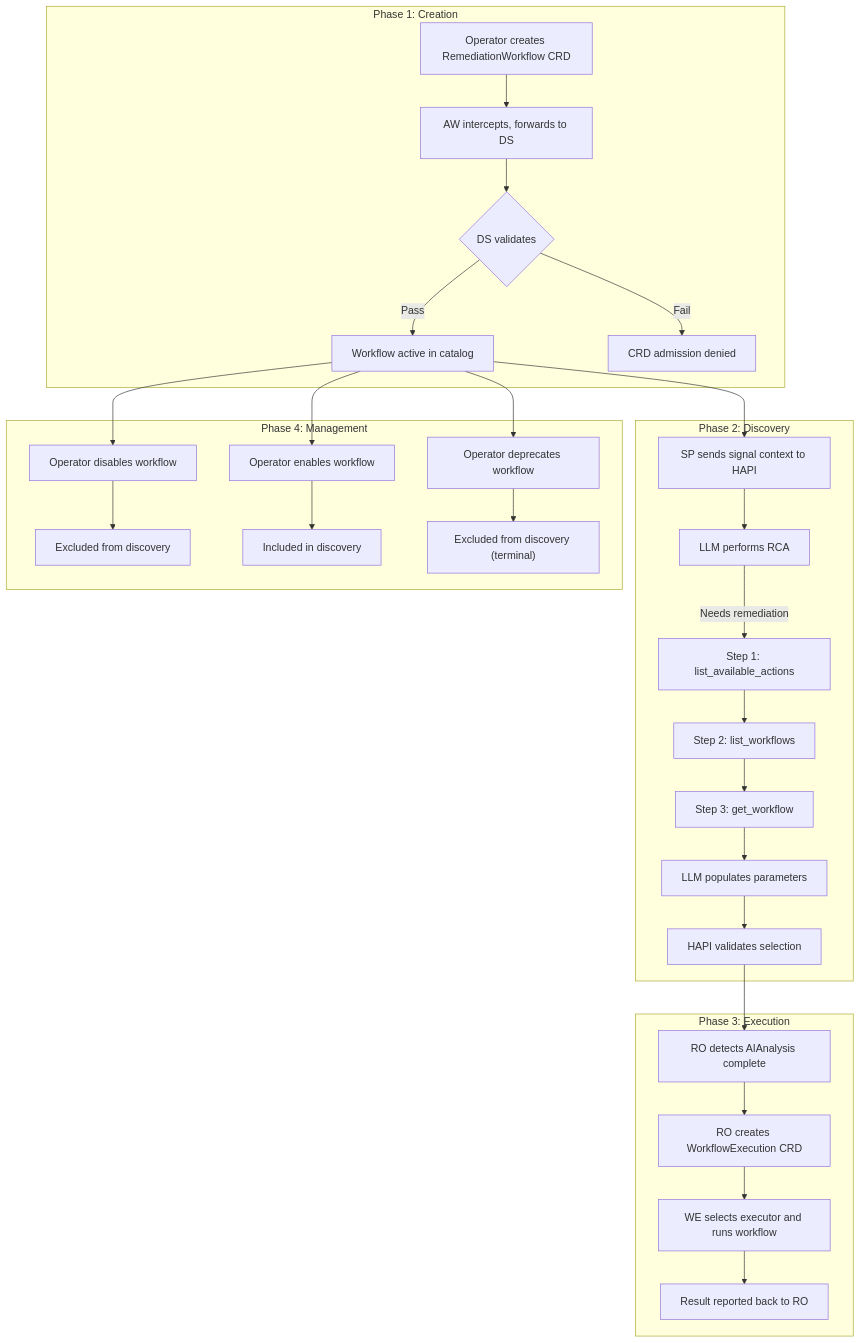
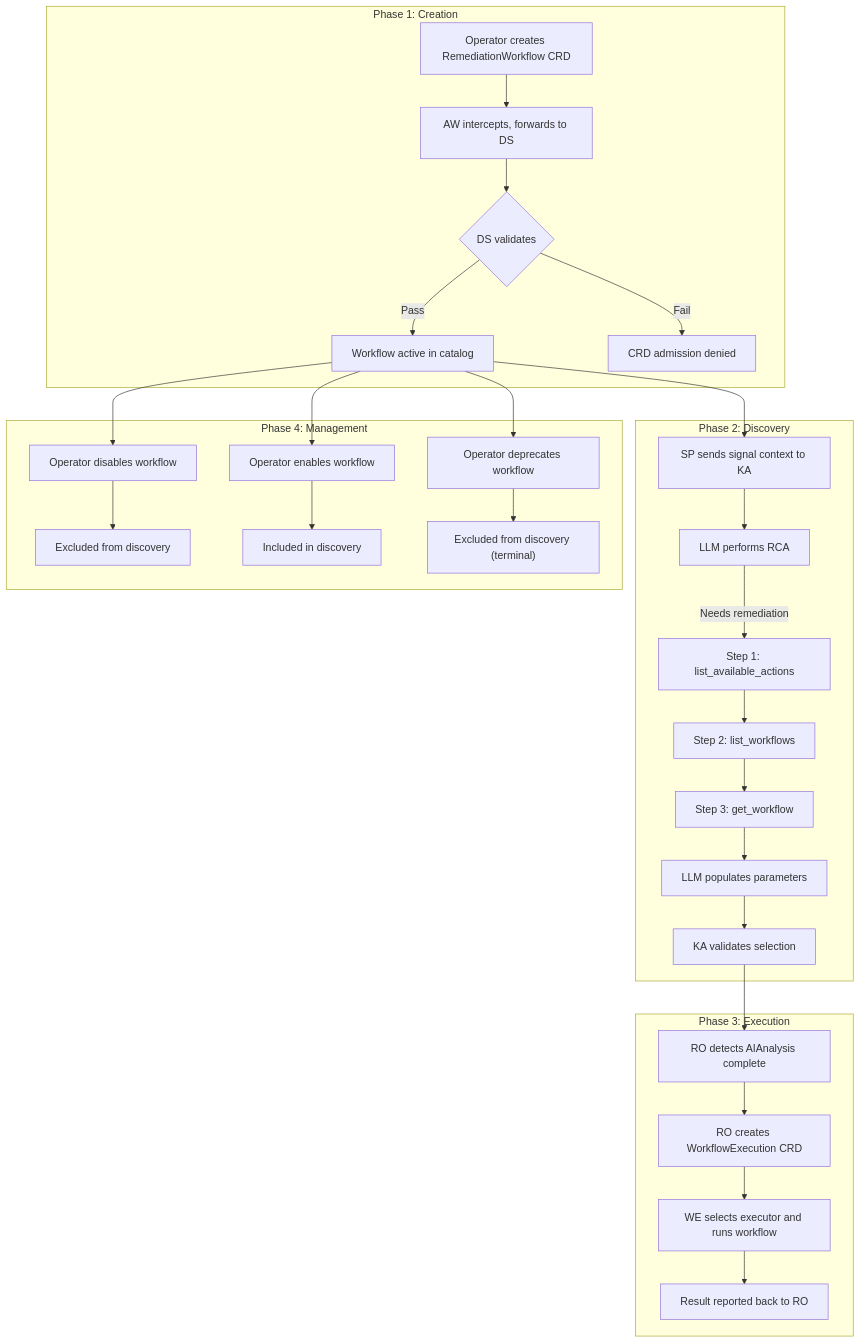
One commit to jordigilh/kubernaut changed the tenth of 10 diagrams in docs/architecture/decisions/DD-WORKFLOW-017-workflow-lifecycle-component-interactions.md. Above: the diagram before and after it, drawn with Mermaid. The commit also changed other lines of this file and 19 other files, not shown here.

````diff
--- a/docs/architecture/decisions/DD-WORKFLOW-017-workflow-lifecycle-component-interactions.md
+++ b/docs/architecture/decisions/DD-WORKFLOW-017-workflow-lifecycle-component-interactions.md
@@ -819,36 +819,36 @@
 ```mermaid
 flowchart TD
     subgraph creation [Phase 1: Creation]
         A1["Operator creates RemediationWorkflow CRD"] --> A2["AW intercepts, forwards to DS"]
         A2 --> A3{DS validates}
         A3 -->|Pass| A4[Workflow active in catalog]
         A3 -->|Fail| A5["CRD admission denied"]
     end
 
     subgraph discovery [Phase 2: Discovery]
-        B1[SP sends signal context to HAPI] --> B2[LLM performs RCA]
+        B1[SP sends signal context to KA] --> B2[LLM performs RCA]
         B2 -->|Needs remediation| B3["Step 1: list_available_actions"]
         B3 --> B4["Step 2: list_workflows"]
         B4 --> B5["Step 3: get_workflow"]
         B5 --> B6[LLM populates parameters]
-        B6 --> B7[HAPI validates selection]
+        B6 --> B7[KA validates selection]
     end
 
     subgraph execution [Phase 3: Execution]
         C1[RO detects AIAnalysis complete] --> C2[RO creates WorkflowExecution CRD]
         C2 --> C3[WE selects executor and runs workflow]
         C3 --> C4[Result reported back to RO]
     end
 
     subgraph management [Phase 4: Management]
         D1[Operator disables workflow] --> D2[Excluded from discovery]
         D3[Operator enables workflow] --> D4[Included in discovery]
         D5[Operator deprecates workflow] --> D6["Excluded from discovery (terminal)"]
     end
 
     A4 --> B1
     B7 --> C1
     A4 --> D1
     A4 --> D3
     A4 --> D5
 ```
````
